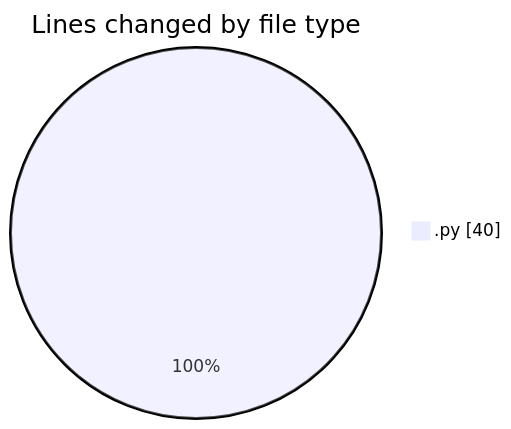
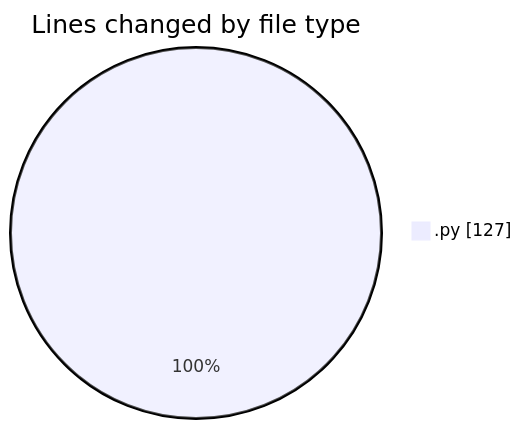
One commit to trdunsworth/code-tracking changed the first of 2 diagrams in 2025-03-26/cisp25/README.md. Above: the diagram before and after it, drawn with Mermaid. The commit also changed other lines of this file and 1 other file, not shown here.

````diff
--- a/2025-03-26/cisp25/README.md
+++ b/2025-03-26/cisp25/README.md
@@ -20,5 +20,5 @@
 ```mermaid
 pie showData
 title Lines changed by file type
-".py" : 40
+".py" : 127
 ```
````
